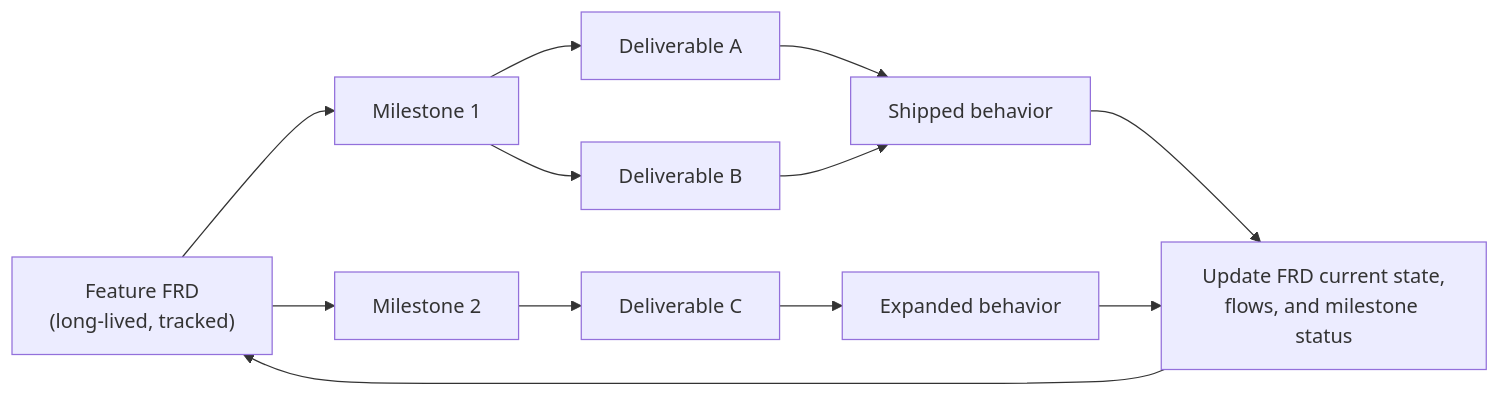
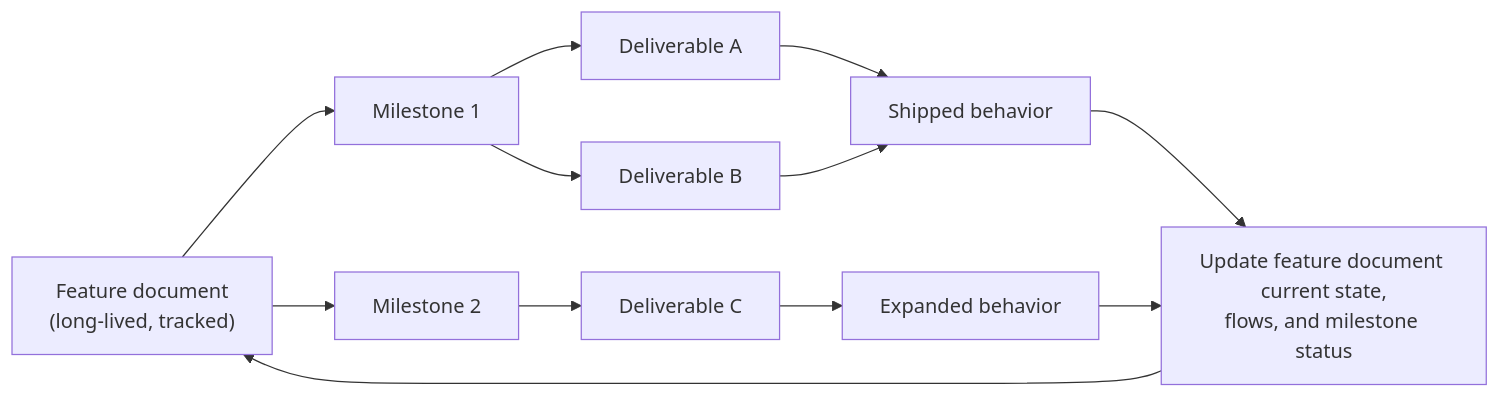
One commit to zazzcode/zazz-skills changed the first of 3 diagrams in zazz-framework.md. Above: the diagram before and after it, drawn with Mermaid. The commit also changed other lines of this file and 7 other files, not shown here.

Commit message:
Rename feature document skill and terminology

````diff
--- a/zazz-framework.md
+++ b/zazz-framework.md
@@ -309,14 +309,14 @@
 ```mermaid
 flowchart LR
-    F["Feature FRD\n(long-lived, tracked)"] --> M1["Milestone 1"]
+    F["Feature document\n(long-lived, tracked)"] --> M1["Milestone 1"]
     F --> M2["Milestone 2"]
     M1 --> D1["Deliverable A"]
     M1 --> D2["Deliverable B"]
     M2 --> D3["Deliverable C"]
     D1 --> S1["Shipped behavior"]
     D2 --> S1
     D3 --> S2["Expanded behavior"]
-    S1 --> U["Update FRD current state,\nflows, and milestone status"]
+    S1 --> U["Update feature document current state,\nflows, and milestone status"]
     S2 --> U
     U --> F
 ```
````
